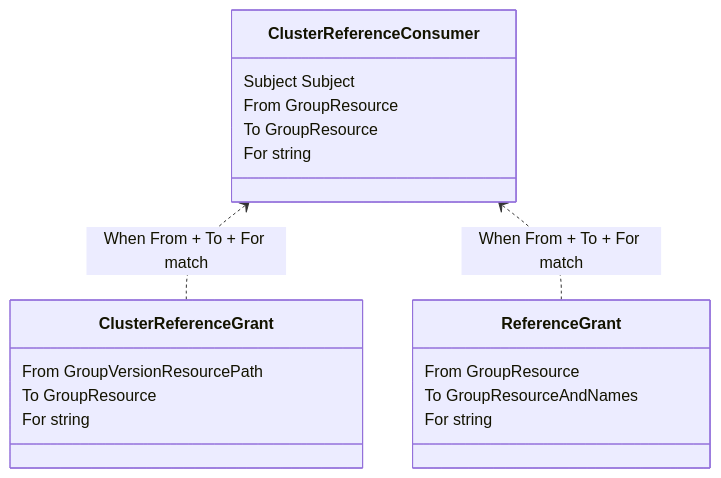
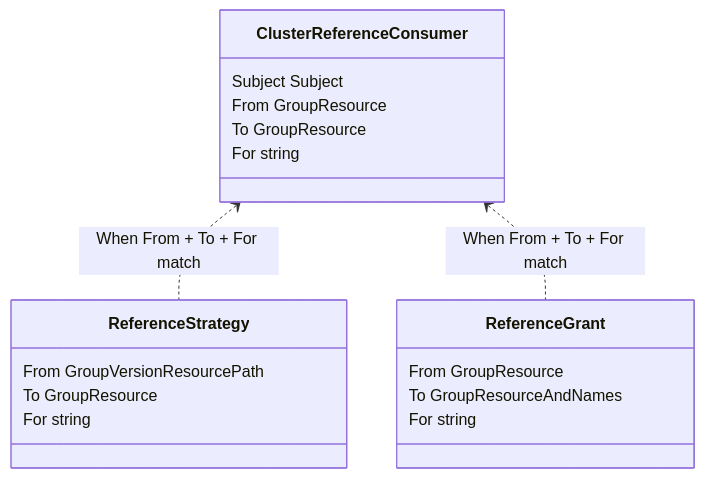
The first of 2 diagrams in keps/sig-auth/3766-referential-authorization/README.md (kubernetes/enhancements), drawn with Mermaid before and after one commit. The commit also changed other lines of this file, not shown here.

Commit message:
Rename ClusterReferenceGrant to ReferenceStrategy

````diff
--- a/keps/sig-auth/3766-referential-authorization/README.md
+++ b/keps/sig-auth/3766-referential-authorization/README.md
@@ -109,22 +109,22 @@
 ```mermaid
 classDiagram
-    ClusterReferenceConsumer <.. ClusterReferenceGrant : When From + To + For match
+    ClusterReferenceConsumer <.. ReferenceStrategy : When From + To + For match
     ClusterReferenceConsumer <.. ReferenceGrant : When From + To + For match
 
     class ClusterReferenceConsumer{
         Subject Subject
         From GroupResource
         To GroupResource
         For string
     }
-    class ClusterReferenceGrant{
+    class ReferenceStrategy{
         From GroupVersionResourcePath
         To GroupResource
         For string
     }
     class ReferenceGrant{
         From GroupResource
         To GroupResourceAndNames
         For string
     }
 ```
````
